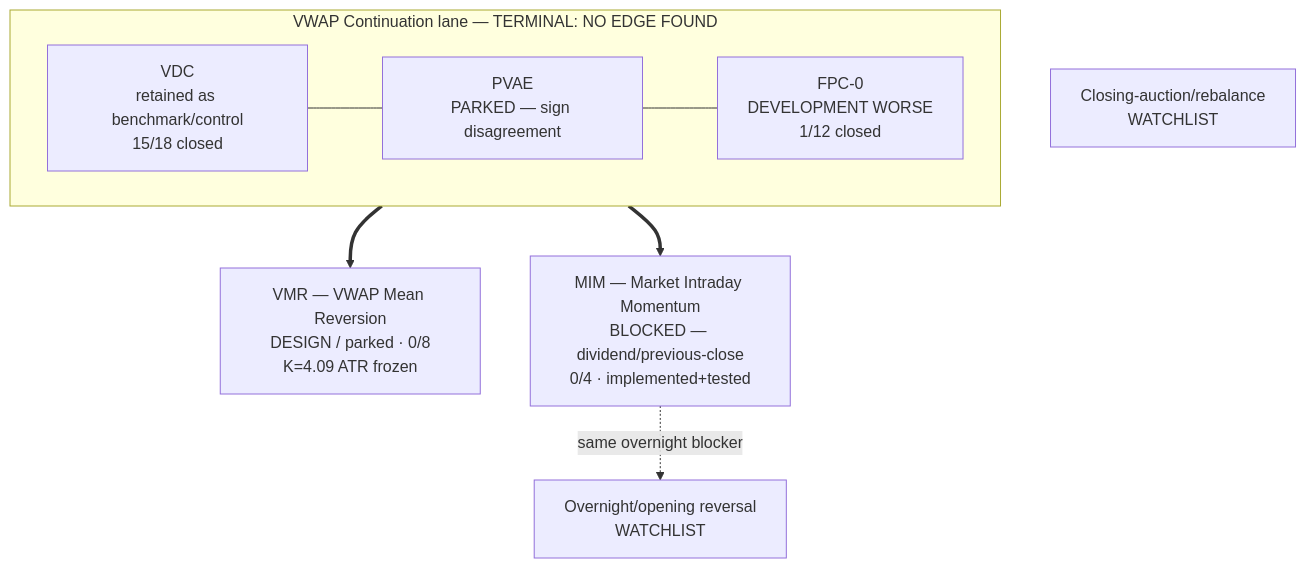
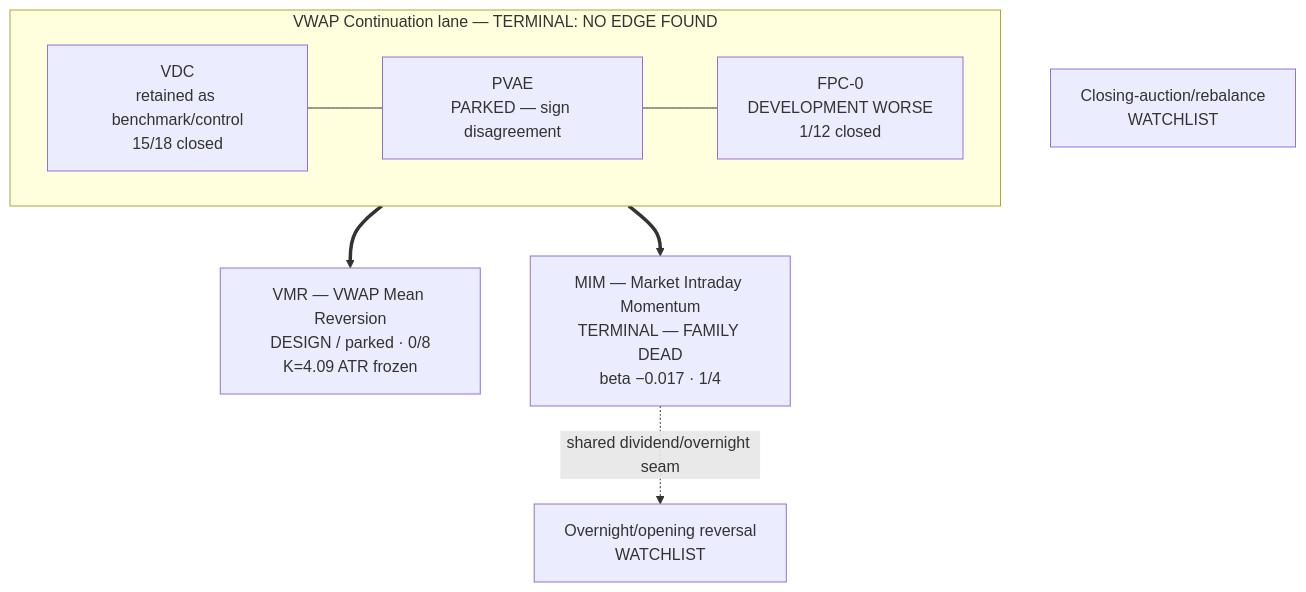
The second of 2 diagrams in docs/research/RESEARCH_MAP.md (dwats250/strategy), drawn with Mermaid before and after one commit. The commit also changed other lines of this file and 6 other files, not shown here.

````diff
--- a/docs/research/RESEARCH_MAP.md
+++ b/docs/research/RESEARCH_MAP.md
@@ -36,17 +36,17 @@
 ```mermaid
 flowchart TB
   subgraph CONT[VWAP Continuation lane — TERMINAL: NO EDGE FOUND]
     VDC[VDC<br/>retained as benchmark/control<br/>15/18 closed]
     PVAE[PVAE<br/>PARKED — sign disagreement]
     FPC[FPC-0<br/>DEVELOPMENT WORSE<br/>1/12 closed]
   end
   VMR[VMR — VWAP Mean Reversion<br/>DESIGN / parked · 0/8<br/>K=4.09 ATR frozen]
-  MIM[MIM — Market Intraday Momentum<br/>BLOCKED — dividend/previous-close<br/>0/4 · implemented+tested]
+  MIM[MIM — Market Intraday Momentum<br/>TERMINAL — FAMILY DEAD<br/>beta −0.017 · 1/4]
   ODR[Overnight/opening reversal<br/>WATCHLIST]
   CAR[Closing-auction/rebalance<br/>WATCHLIST]
 
   VDC --- PVAE --- FPC
   CONT ==> VMR
   CONT ==> MIM
-  MIM -. same overnight blocker .-> ODR
+  MIM -. shared dividend/overnight seam .-> ODR
 ```
````
